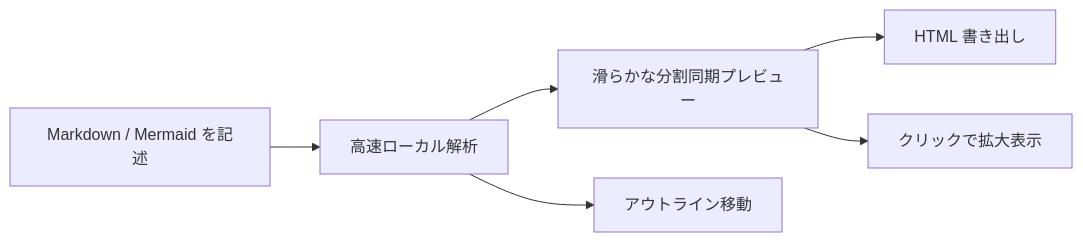
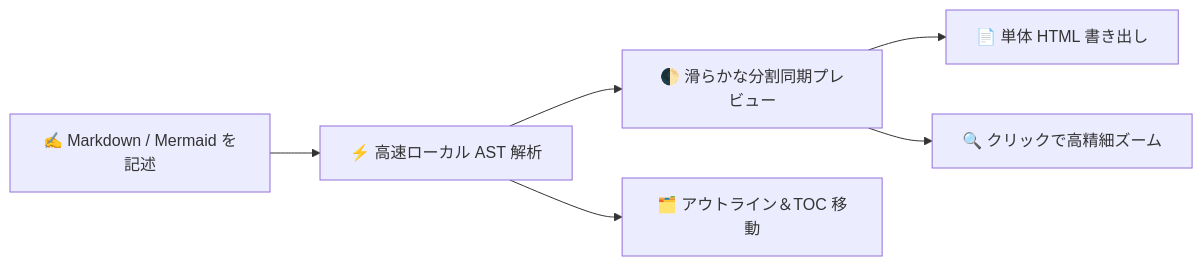
The diagram in crates/zmark_app/assets/welcome/ja.md (2716190547/zmark), drawn with Mermaid before and after one commit. The commit also changed other lines of this file and 32 other files, not shown here.

````diff
--- a/crates/zmark_app/assets/welcome/ja.md
+++ b/crates/zmark_app/assets/welcome/ja.md
@@ -72,8 +84,8 @@
 ```mermaid
 flowchart LR
-    Write["Markdown / Mermaid を記述"] --> Parse["高速ローカル解析"]
-    Parse --> Split["滑らかな分割同期プレビュー"]
-    Parse --> Outline["アウトライン移動"]
-    Split --> Export["HTML 書き出し"]
-    Split --> Lightbox["クリックで拡大表示"]
+    Write["✍️ Markdown / Mermaid を記述"] --> Parse["⚡️ 高速ローカル AST 解析"]
+    Parse --> Split["🌓 滑らかな分割同期プレビュー"]
+    Parse --> Outline["🗂️ アウトライン＆TOC 移動"]
+    Split --> Export["📄 単体 HTML 書き出し"]
+    Split --> Lightbox["🔍 クリックで高精細ズーム"]
 ```
````
